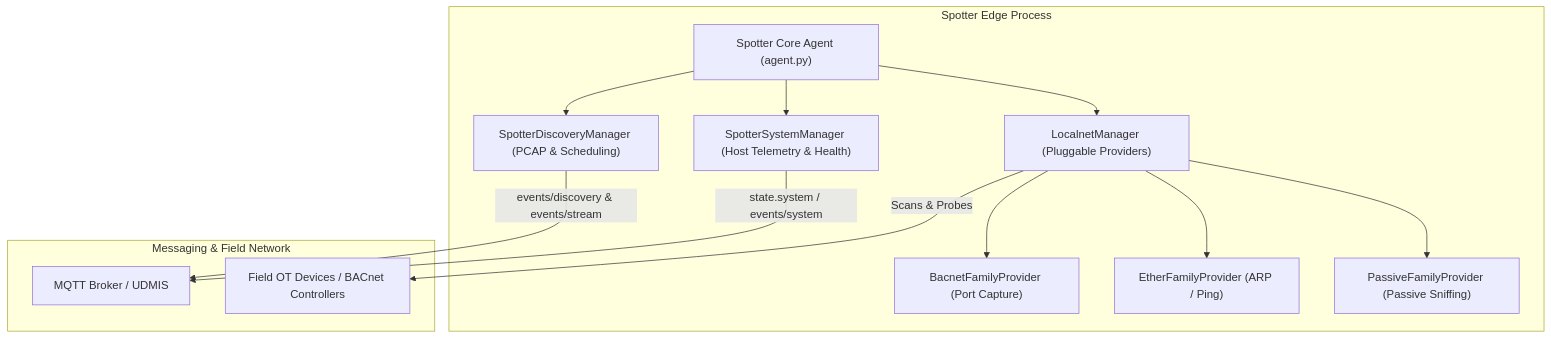
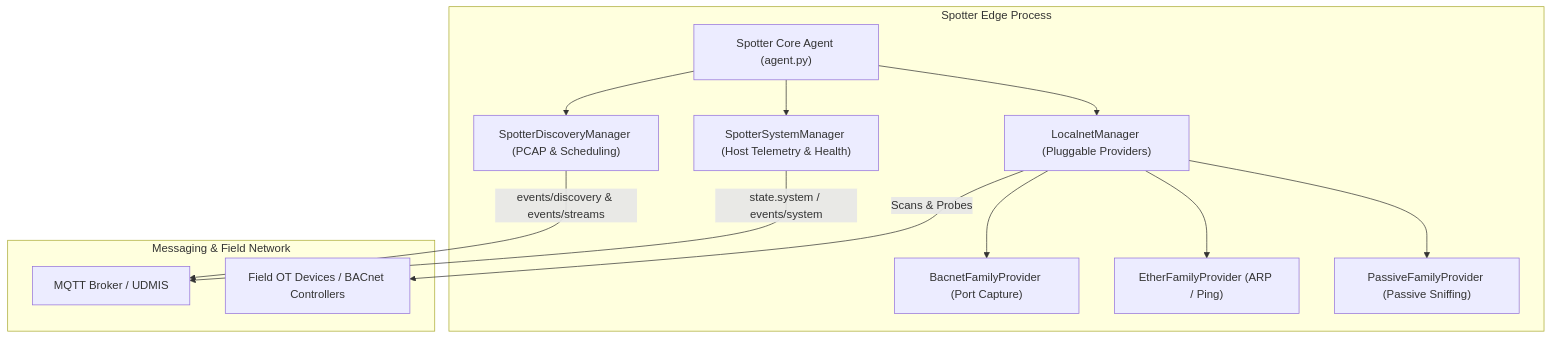
Before and after one commit to khyatimahendru/udmi: the diagram in docs/tools/spotter.md, drawn with Mermaid. The commit also changed other lines of this file and 21 other files, not shown here.

````diff
--- a/docs/tools/spotter.md
+++ b/docs/tools/spotter.md
@@ -24,30 +24,30 @@
 ```mermaid
 graph TD
     subgraph "Spotter Edge Process"
         AGENT["Spotter Core Agent (agent.py)"]
         SYS["SpotterSystemManager (Host Telemetry & Health)"]
         DISC["SpotterDiscoveryManager (PCAP & Scheduling)"]
         LOC["LocalnetManager (Pluggable Providers)"]
         
         BAC["BacnetFamilyProvider (Port Capture)"]
         ETH["EtherFamilyProvider (ARP / Ping)"]
         PAS["PassiveFamilyProvider (Passive Sniffing)"]
         
         AGENT --> SYS
         AGENT --> DISC
         AGENT --> LOC
         
         LOC --> BAC
         LOC --> ETH
         LOC --> PAS
     end
 
     subgraph "Messaging & Field Network"
         MB["MQTT Broker / UDMIS"]
         DEV["Field OT Devices / BACnet Controllers"]
     end
 
     SYS -->|"state.system / events/system"| MB
-    DISC -->|"events/discovery & events/stream"| MB
+    DISC -->|"events/discovery & events/streams"| MB
     LOC -->|"Scans & Probes"| DEV
 ```
````
